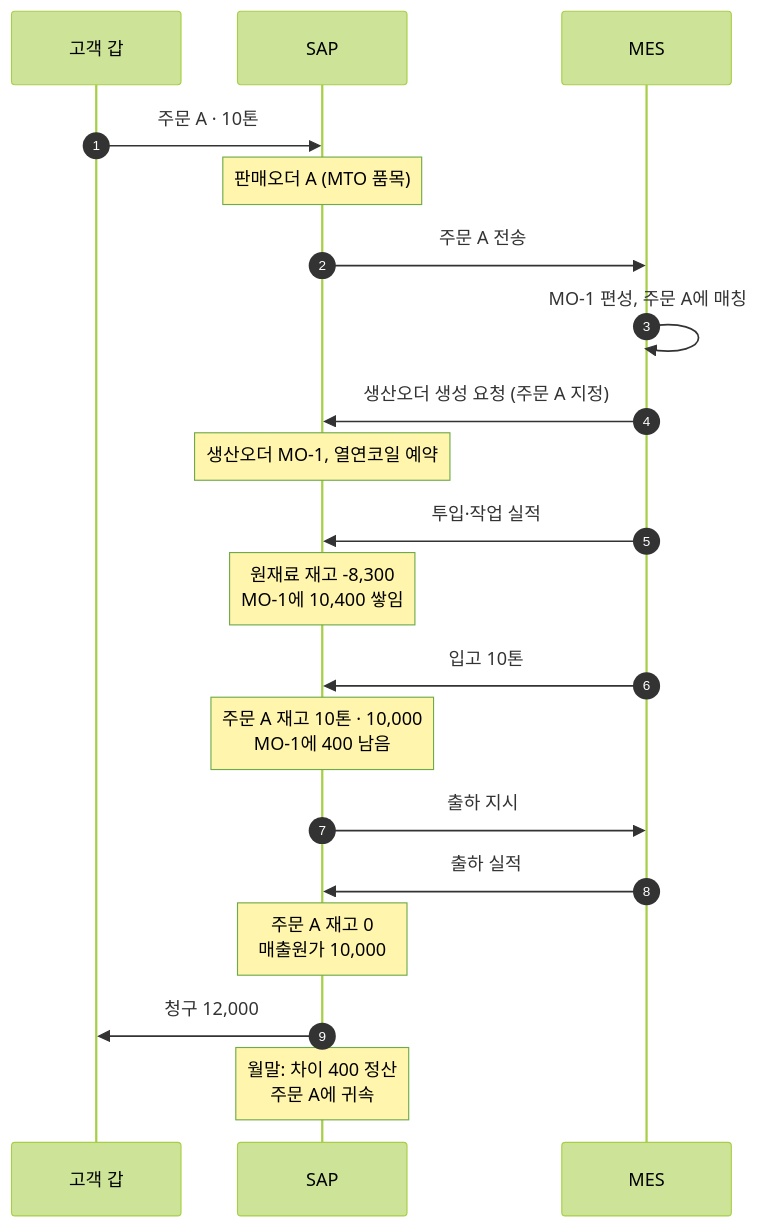
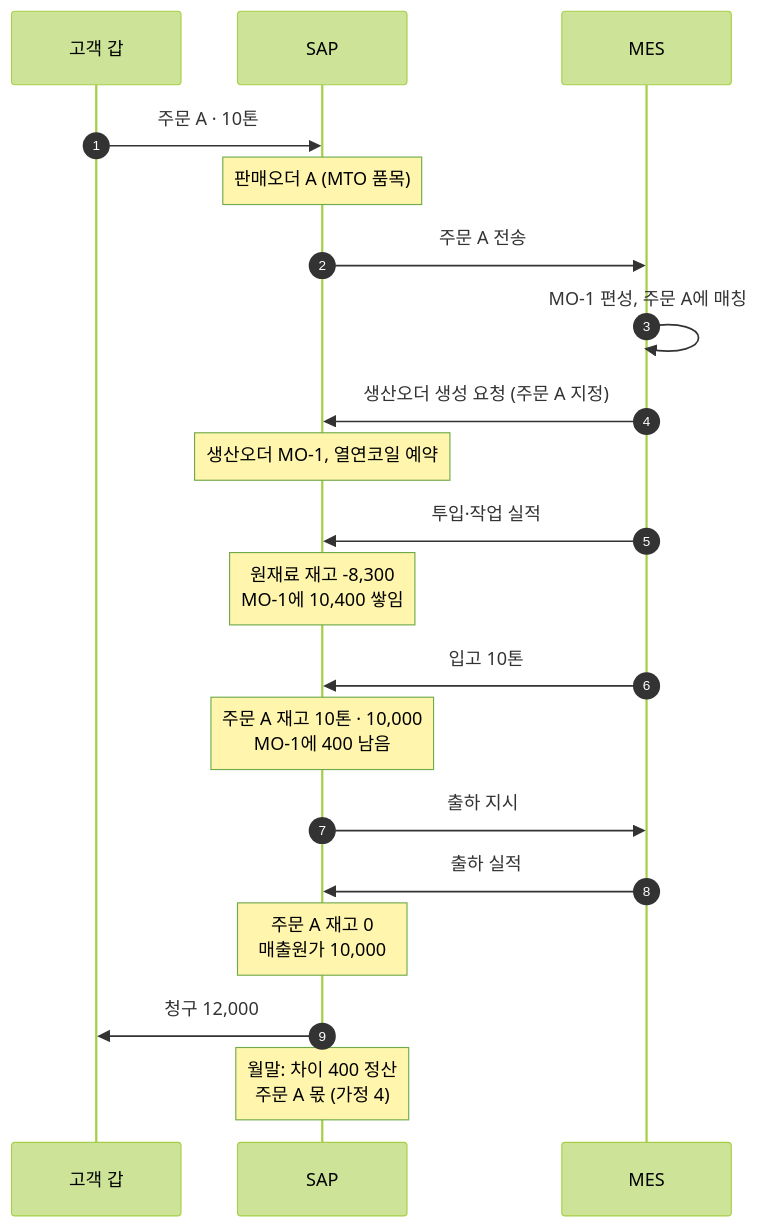
Before and after one commit to donseok/mes-to-be-doc: the second of 6 diagrams in docs/mto-mts-05-process-simulation.md, drawn with Mermaid (forest theme). The commit also changed other lines of this file and 5 other files, not shown here.

````diff
--- a/docs/mto-mts-05-process-simulation.md
+++ b/docs/mto-mts-05-process-simulation.md
@@ -55,22 +67,22 @@
 ```mermaid
 sequenceDiagram
   autonumber
   participant C as 고객 갑
   participant S as SAP
   participant M as MES
   C->>S: 주문 A · 10톤
   Note over S: 판매오더 A (MTO 품목)
   S->>M: 주문 A 전송
   M->>M: MO-1 편성, 주문 A에 매칭
   M->>S: 생산오더 생성 요청 (주문 A 지정)
   Note over S: 생산오더 MO-1, 열연코일 예약
   M->>S: 투입·작업 실적
   Note over S: 원재료 재고 -8,300<br/>MO-1에 10,400 쌓임
   M->>S: 입고 10톤
   Note over S: 주문 A 재고 10톤 · 10,000<br/>MO-1에 400 남음
   S->>M: 출하 지시
   M->>S: 출하 실적
   Note over S: 주문 A 재고 0<br/>매출원가 10,000
   S->>C: 청구 12,000
-  Note over S: 월말: 차이 400 정산<br/>주문 A에 귀속
+  Note over S: 월말: 차이 400 정산<br/>주문 A 몫 (가정 4)
 ```
````
